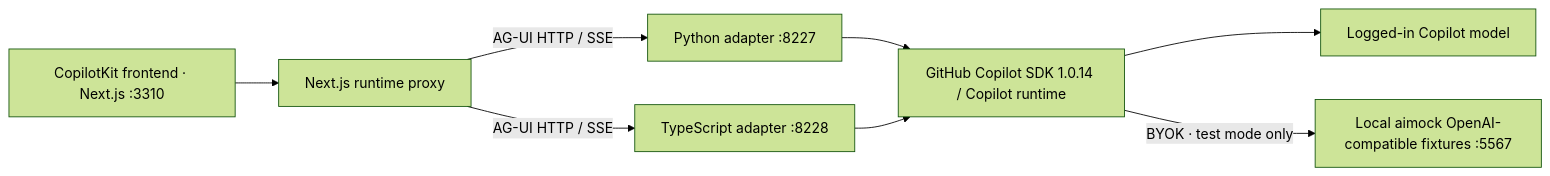
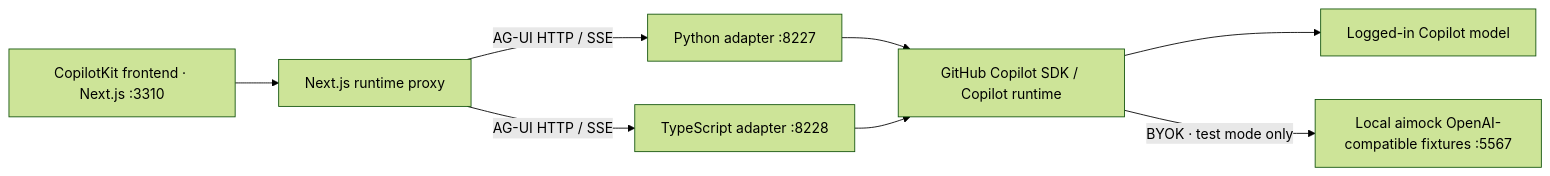
The diagram in docs/reference.md (ArlindNocaj/copilot-sdk-ag-ui-frontend-demo), drawn with Mermaid (forest theme) before and after one commit. The commit also changed 34 other files, not shown here.

First line of the commit message:
Publish the interactive video gallery with GitHub Pages

````diff
--- a/docs/reference.md
+++ b/docs/reference.md
@@ -46,10 +46,10 @@
 ```mermaid
 flowchart LR
   UI["CopilotKit frontend · Next.js :3310"] --> Proxy["Next.js runtime proxy"]
   Proxy -->|"AG-UI HTTP / SSE"| PY["Python adapter :8227"]
   Proxy -->|"AG-UI HTTP / SSE"| TS["TypeScript adapter :8228"]
-  PY --> Runtime["GitHub Copilot SDK 1.0.14 / Copilot runtime"]
+  PY --> Runtime["GitHub Copilot SDK / Copilot runtime"]
   TS --> Runtime
   Runtime --> Live["Logged-in Copilot model"]
   Runtime -->|"BYOK · test mode only"| Mock["Local aimock OpenAI-compatible fixtures :5567"]
 ```
````
